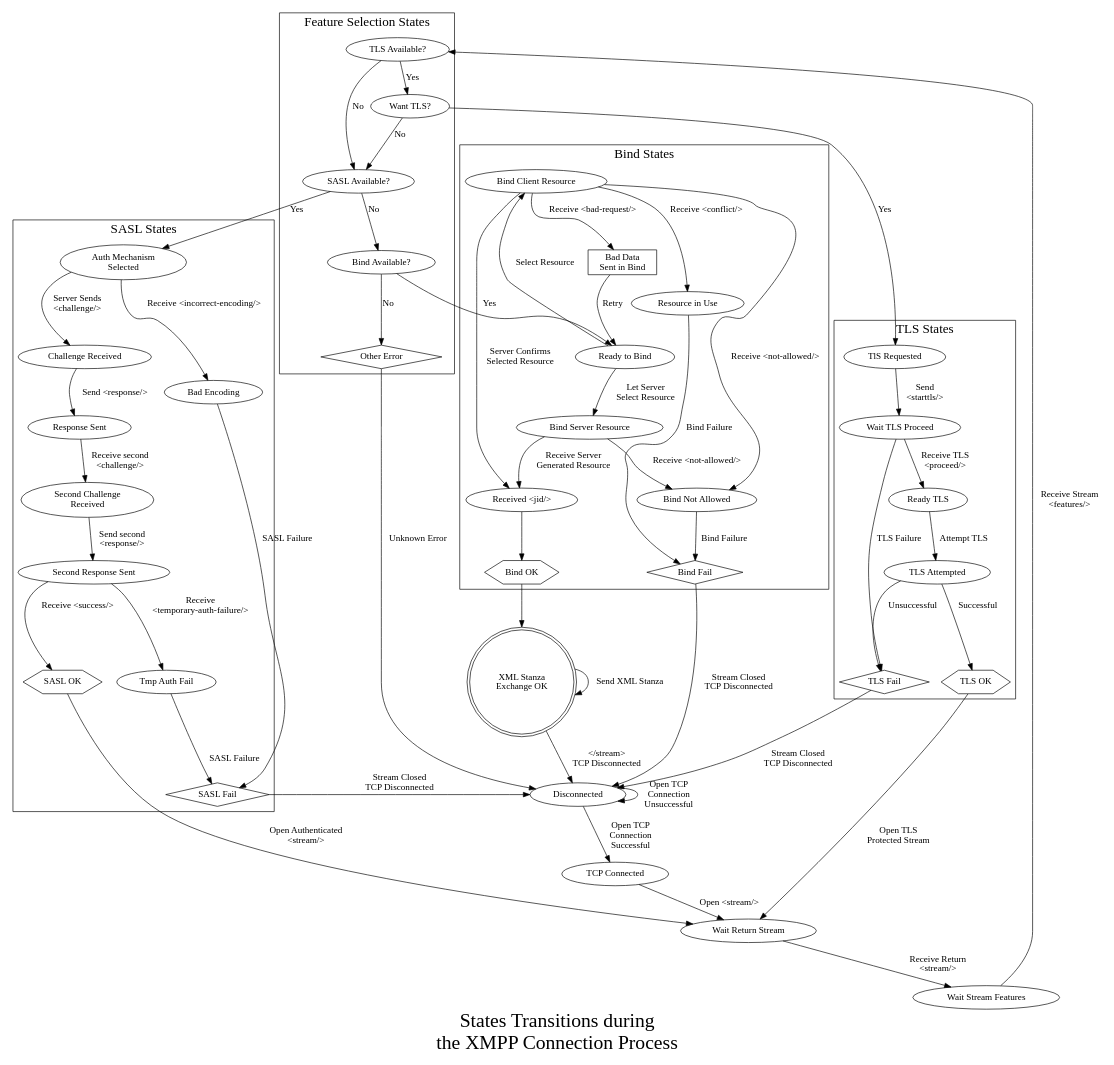
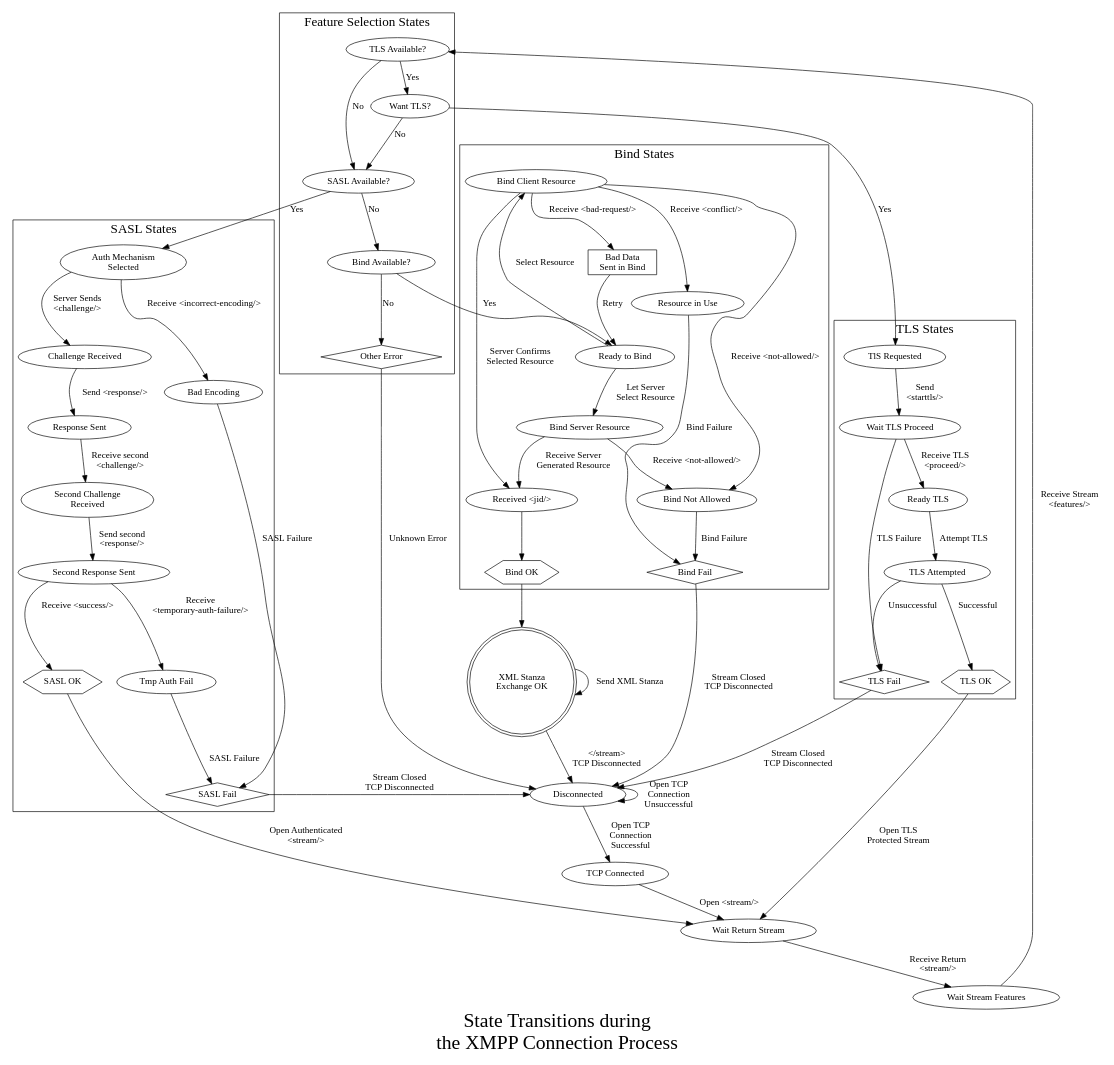
One commit to tbielawa/PAD-XMPP changed the diagram in Graph/Login.gv. Above: the diagram before and after it, drawn with Graphviz.

Commit message:
Should be 'State' not 'States'

```diff
--- a/Graph/Login.gv
+++ b/Graph/Login.gv
@@ -1,101 +1,101 @@
 digraph ConnectionStates {
 	overlap = false;
 	node [shape=diamond]; "SASL Fail" "TLS Fail" "Bind Fail" "Other Error";
 	node [shape=hexagon]; "SASL OK" "TLS OK" "Bind OK";
 	node [shape=rectangle]; "Bad Data\nSent in Bind";
 	node [shape=doublecircle]; "XML Stanza\nExchange OK";
 	node [shape=ellipse];
 
 	"Disconnected" -> "TCP Connected" [label="Open TCP\nConnection\nSuccessful"];
 	"Disconnected" -> "Disconnected" [label="Open TCP\nConnection\nUnsuccessful"];
 	"TCP Connected" -> "Wait Return Stream" [label="Open <stream/>"];
 	"Wait Return Stream" -> "Wait Stream Features" [label="Receive Return\n<stream/>"];
 	"Wait Stream Features" -> "TLS Available?" [label="Receive Stream\n<features/>"];
 
 	"TLS Fail" -> "Disconnected" [label="Stream Closed\nTCP Disconnected"];
 	"SASL Fail" -> "Disconnected" [label="Stream Closed\nTCP Disconnected"];
 	"Bind Fail" -> "Disconnected" [label="Stream Closed\nTCP Disconnected"];
 	"XML Stanza\nExchange OK" -> "Disconnected" [label="</stream>\nTCP Disconnected"];
 	"Other Error" -> "Disconnected" [label="Unknown Error"];
 	
 	"TLS OK" -> "Wait Return Stream" [label="Open TLS\nProtected Stream"];
 	"SASL OK" -> "Wait Return Stream" [label="Open Authenticated\n<stream/>"];
 	
 	"Bind OK" -> "XML Stanza\nExchange OK";
 	"XML Stanza\nExchange OK" -> "XML Stanza\nExchange OK" [label="Send XML Stanza"];
 	
 	subgraph cluster_TLSStates {
 		label = "TLS States";
 		color = black;
 		"TlS Requested" -> "Wait TLS Proceed" [label="Send\n<starttls/>"];
 		"Wait TLS Proceed" -> "TLS Fail" [label="TLS Failure"];
 		"Wait TLS Proceed" -> "Ready TLS" [label="Receive TLS\n<proceed/>"];
 		
 		"Ready TLS" -> "TLS Attempted" [label="Attempt TLS"];
 		"TLS Attempted" -> "TLS Fail" [label="Unsuccessful"];
 		"TLS Attempted" -> "TLS OK" [label="Successful"];
 		fontsize = 20;
 	}
 	
 	subgraph cluster_SASLStates {
 		label = "SASL States";
 		color = black;
 		"Auth Mechanism\nSelected" -> "Challenge Received" [label="Server Sends\n<challenge/>"];
 		"Auth Mechanism\nSelected" -> "Bad Encoding" [label="Receive <incorrect-encoding/>"];
 		
 		"Challenge Received" -> "Response Sent" [label="Send <response/>"];
 		"Response Sent" -> "Second Challenge\nReceived" [label="Receive second\n<challenge/>"];
 		"Second Challenge\nReceived" -> "Second Response Sent" [label="Send second\n<response/>"];
 		
 		"Second Response Sent" -> "SASL OK" [label="Receive <success/>"];
 		"Second Response Sent" -> "Tmp Auth Fail" [label="Receive\n<temporary-auth-failure/>"];
 		
 		"Bad Encoding" -> "SASL Fail" [label="SASL Failure"];
 		"Tmp Auth Fail" -> "SASL Fail" [label="SASL Failure"];
 		fontsize = 20;
 	}
 	
 	subgraph cluster_BindStates {
 		label = "Bind States";
 		color = black;
 		"Ready to Bind" -> "Bind Client Resource" [label="Select Resource"];
 		"Ready to Bind" -> "Bind Server Resource" [label="Let Server\nSelect Resource"];
 		
 		"Bind Client Resource" -> "Received <jid/>" [label="Server Confirms\nSelected Resource"];
 		"Bind Server Resource" -> "Received <jid/>" [label="Receive Server\nGenerated Resource"];
 		
 		"Bind Client Resource" -> "Bad Data\nSent in Bind" [label="Receive <bad-request/>"];
 		"Bad Data\nSent in Bind" -> "Ready to Bind" [label="Retry"];
 		
 		"Bind Server Resource" -> "Bind Not Allowed" [label="Receive <not-allowed/>"];
 		"Bind Client Resource"-> "Bind Not Allowed" [label="Receive <not-allowed/>"];
 		
 		"Bind Client Resource" -> "Resource in Use" [label="Receive <conflict/>"];
 		
 		"Bind Not Allowed" -> "Bind Fail" [label="Bind Failure"];
 		"Resource in Use" -> "Bind Fail" [label="Bind Failure"];
 		
 		"Received <jid/>" -> "Bind OK";
 		fontsize = 20;
 	}
 	
 	subgraph cluster_FeatureStates {
 		label = "Feature Selection States";
 		color = black;
 		"TLS Available?" -> "Want TLS?" [label="Yes"];
 		"TLS Available?" -> "SASL Available?" [label="No"];
 		
 		"Want TLS?" -> "TlS Requested" [label="Yes"];
 		"Want TLS?" -> "SASL Available?" [label="No"];
 		
 		"SASL Available?" -> "Auth Mechanism\nSelected" [label="Yes"];
 		"SASL Available?" -> "Bind Available?" [label="No"];
 		
 		"Bind Available?" -> "Ready to Bind" [label="Yes"];
 		"Bind Available?" -> "Other Error" [label="No"];
 		fontsize = 20;
 	}
 	
-	label = "States Transitions during\n the XMPP Connection Process";
+	label = "State Transitions during\n the XMPP Connection Process";
 	fontsize = 30;
 }
```
